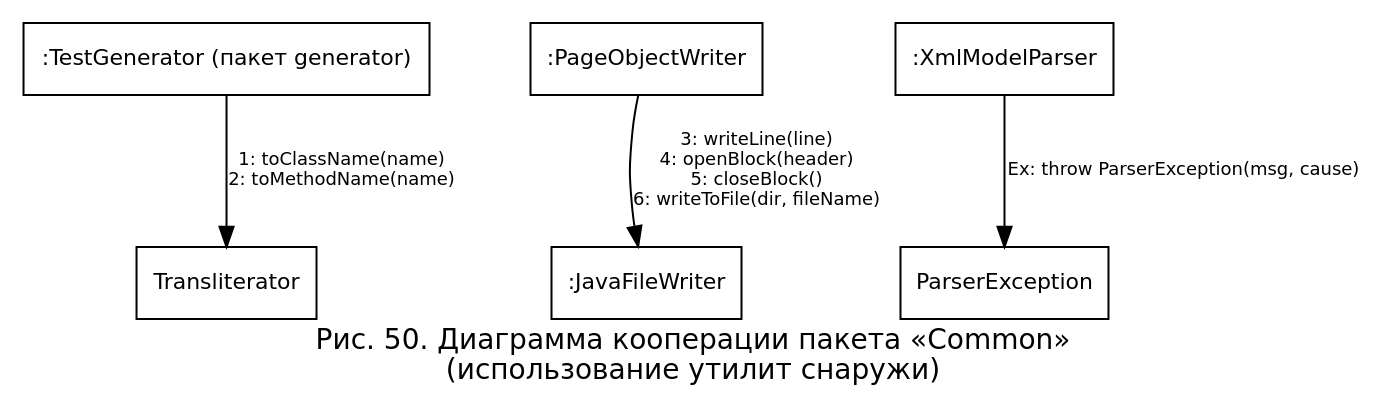
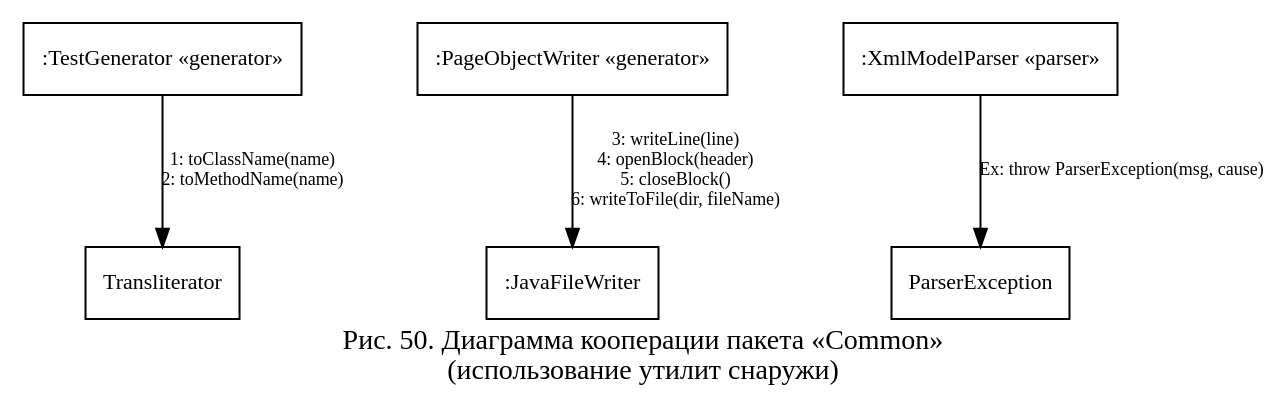
The diagram in diagrams/coop_common.dot (nastolbov/AutoTestGeneratorUpdate), drawn with Graphviz before and after one commit. The commit also changed 47 other files, not shown here.

First line of the commit message:
diagrams: Liberation Serif (как Times New Roman), фикс множественности

```diff
--- a/diagrams/coop_common.dot
+++ b/diagrams/coop_common.dot
@@ -1,18 +1,18 @@
 digraph CoopCommon {
-    rankdir=TB; fontname="DejaVu Sans"; fontsize=14;
+    rankdir=TB; fontname="Liberation Serif"; fontsize=14;
     label="Рис. 50. Диаграмма кооперации пакета «Common»\n(использование утилит снаружи)"; labelloc=b;
-    nodesep=0.7;
-    node [fontname="DejaVu Sans", fontsize=11, shape=box, style=filled, fillcolor=white];
-    edge [color=black, fontname="DejaVu Sans", fontsize=9];
+    nodesep=0.8;
+    node [fontname="Liberation Serif", fontsize=11, shape=box, style=filled, fillcolor=white];
+    edge [color=black, fontname="Liberation Serif", fontsize=9, arrowsize=0.9];
 
-    Gen [label=":TestGenerator (пакет generator)"];
-    POW [label=":PageObjectWriter"];
+    Gen [label=":TestGenerator «generator»"];
+    POW [label=":PageObjectWriter «generator»"];
     JW  [label=":JavaFileWriter"];
     T   [label="Transliterator"];
-    XMP [label=":XmlModelParser"];
+    XMP [label=":XmlModelParser «parser»"];
     PE  [label="ParserException"];
 
     Gen -> T   [label="1: toClassName(name)\n2: toMethodName(name)"];
     POW -> JW  [label="3: writeLine(line)\n4: openBlock(header)\n5: closeBlock()\n6: writeToFile(dir, fileName)"];
     XMP -> PE  [label="Ex: throw ParserException(msg, cause)"];
 }
```
